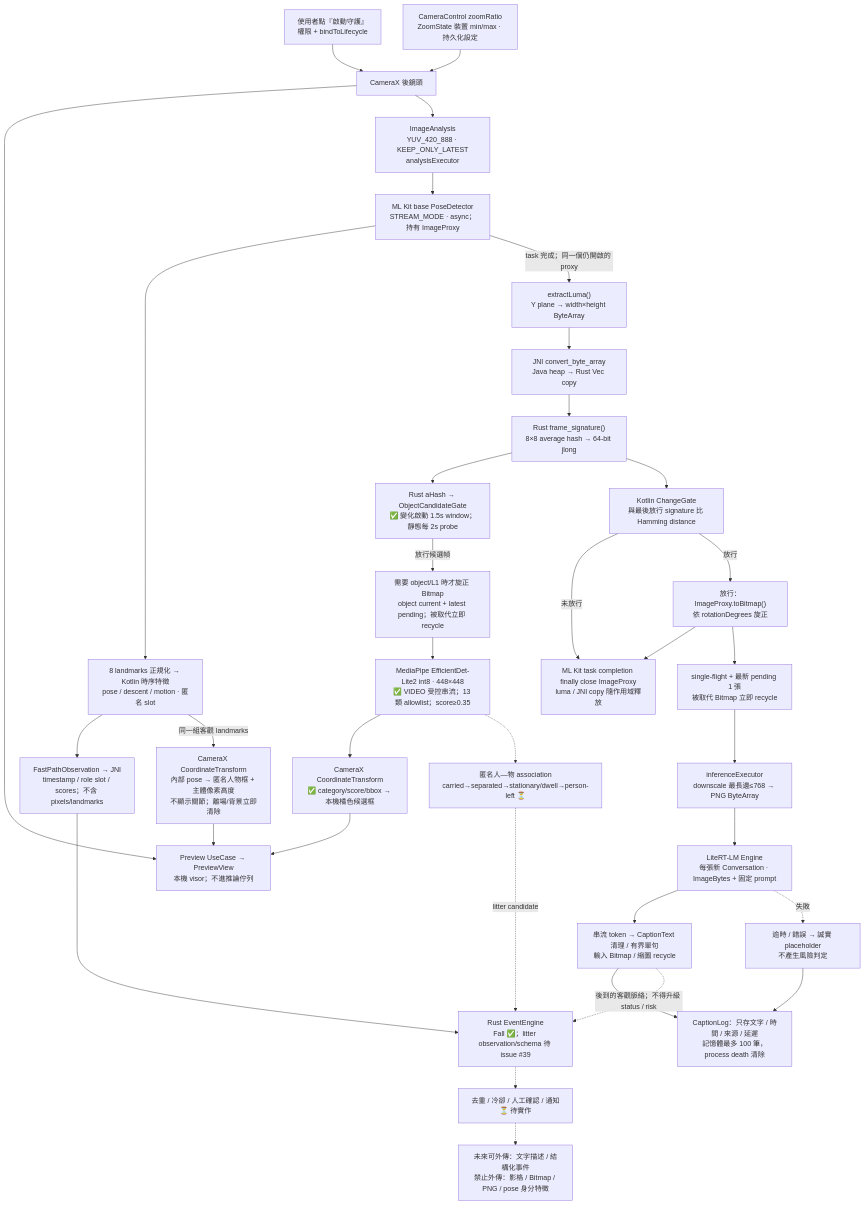
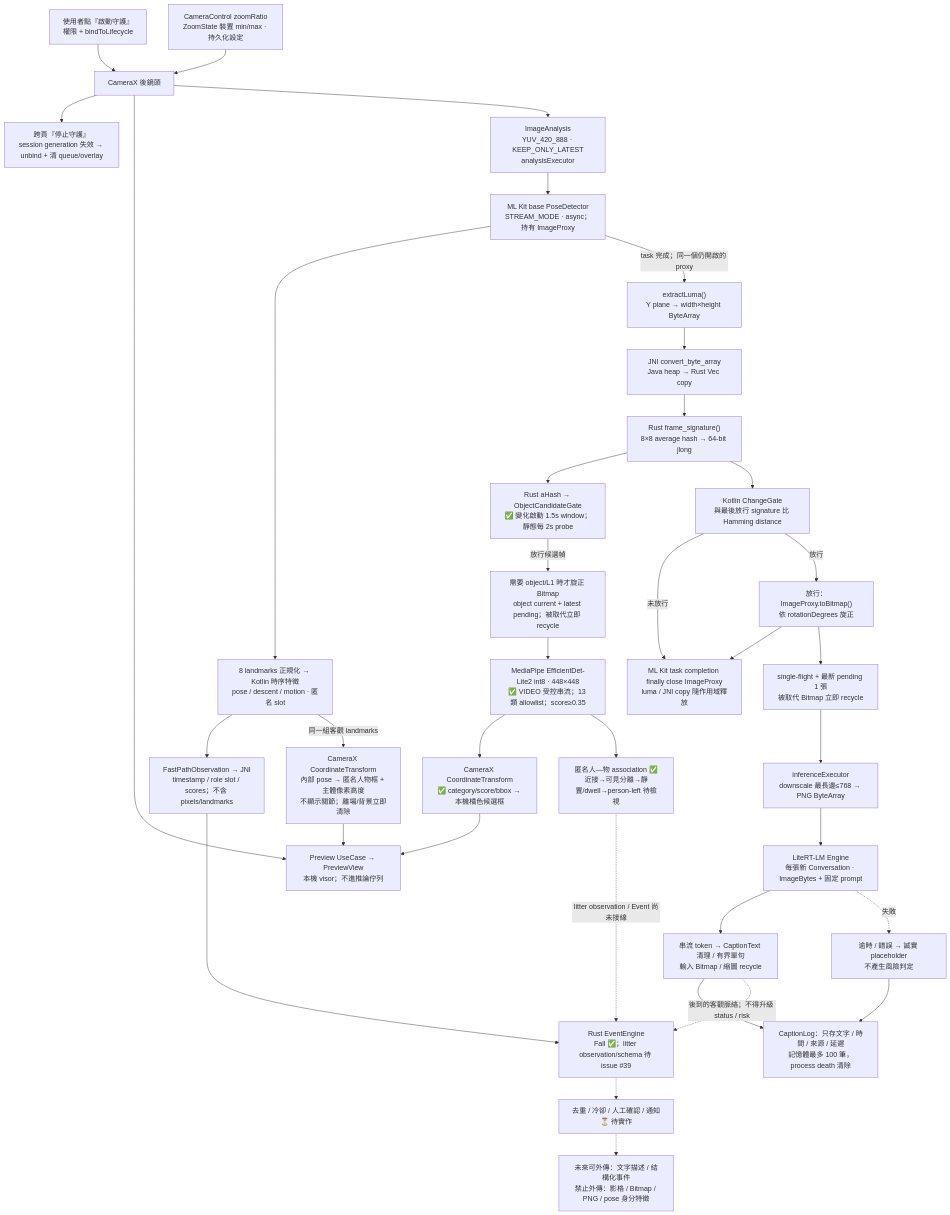
One commit to TingFengChou/claustrum changed the third of 4 diagrams in README.md. Above: the diagram before and after it, drawn with Mermaid. The commit also changed other lines of this file and 9 other files, not shown here.

````diff
--- a/README.md
+++ b/README.md
@@ -229,47 +229,49 @@
 ```mermaid
 flowchart TB
   START["使用者點『啟動守護』<br/>權限 + bindToLifecycle"]
+  STOP["跨頁『停止守護』<br/>session generation 失效 → unbind + 清 queue/overlay"]
   CAMERA["CameraX 後鏡頭"]
   ZOOM["CameraControl zoomRatio<br/>ZoomState 裝置 min/max · 持久化設定"]
   PREVIEW["Preview UseCase → PreviewView<br/>本機 visor；不進推論佇列"]
   OVERLAY["CameraX CoordinateTransform<br/>內部 pose → 匿名人物框 + 主體像素高度<br/>不顯示關節；離場/背景立即清除"]
   ANALYSIS["ImageAnalysis<br/>YUV_420_888 · KEEP_ONLY_LATEST<br/>analysisExecutor"]
   POSE["ML Kit base PoseDetector<br/>STREAM_MODE · async；持有 ImageProxy"]
   FEATURE["8 landmarks 正規化 → Kotlin 時序特徵<br/>pose / descent / motion · 匿名 slot"]
   OBS["FastPathObservation → JNI<br/>timestamp / role slot / scores；不含 pixels/landmarks"]
   L2["Rust EventEngine<br/>Fall ✅；litter observation/schema 待 issue #39"]
   MOTION["Rust aHash → ObjectCandidateGate<br/>✅ 變化啟動 1.5s window；靜態每 2s probe"]
   OBJECTCOPY["需要 object/L1 時才旋正 Bitmap<br/>object current + latest pending；被取代立即 recycle"]
   OBJECT["MediaPipe EfficientDet-Lite2 int8 · 448×448<br/>✅ VIDEO 受控串流；13 類 allowlist；score≥0.35"]
   OBJECTUI["CameraX CoordinateTransform<br/>✅ category/score/bbox → 本機橘色候選框"]
-  ASSOC["匿名人—物 association<br/>carried→separated→stationary/dwell→person-left ⏳"]
+  ASSOC["匿名人—物 association ✅<br/>近接→可見分離→靜置/dwell→person-left 待檢視"]
   LUMA["extractLuma()<br/>Y plane → width×height ByteArray"]
   JNI["JNI convert_byte_array<br/>Java heap → Rust Vec copy"]
   HASH["Rust frame_signature()<br/>8×8 average hash → 64-bit jlong"]
   GATE["Kotlin ChangeGate<br/>與最後放行 signature 比 Hamming distance"]
   CLOSE["ML Kit task completion finally close ImageProxy<br/>luma / JNI copy 隨作用域釋放"]
   COPY["放行：ImageProxy.toBitmap()<br/>依 rotationDegrees 旋正"]
   QUEUE["single-flight + 最新 pending 1 張<br/>被取代 Bitmap 立即 recycle"]
   PREP["inferenceExecutor<br/>downscale 最長邊≤768 → PNG ByteArray"]
   ENGINE["LiteRT-LM Engine<br/>每張新 Conversation · ImageBytes + 固定 prompt"]
   TEXT["串流 token → CaptionText 清理 / 有界單句<br/>輸入 Bitmap / 縮圖 recycle"]
   LOG["CaptionLog：只存文字 / 時間 / 來源 / 延遲<br/>記憶體最多 100 筆，process death 清除"]
   FALLBACK["逾時 / 錯誤 → 誠實 placeholder<br/>不產生風險判定"]
   POLICY["去重 / 冷卻 / 人工確認 / 通知<br/>⏳ 待實作"]
   ALLOWED["未來可外傳：文字描述 / 結構化事件<br/>禁止外傳：影格 / Bitmap / PNG / pose 身分特徵"]
 
   START --> CAMERA
+  CAMERA --> STOP
   ZOOM --> CAMERA
   CAMERA --> PREVIEW
   CAMERA --> ANALYSIS --> POSE --> FEATURE --> OBS --> L2
   HASH --> MOTION -->|"放行候選幀"| OBJECTCOPY --> OBJECT --> OBJECTUI --> PREVIEW
-  OBJECT -.-> ASSOC -.->|"litter candidate"| L2
+  OBJECT --> ASSOC -.->|"litter observation / Event 尚未接線"| L2
   FEATURE -->|"同一組客觀 landmarks"| OVERLAY --> PREVIEW
   POSE -->|"task 完成；同一個仍開啟的 proxy"| LUMA --> JNI --> HASH --> GATE
   GATE -->|"未放行"| CLOSE
   GATE -->|"放行"| COPY --> CLOSE
   COPY --> QUEUE --> PREP --> ENGINE --> TEXT --> LOG
   ENGINE -.->|"失敗"| FALLBACK --> LOG
   L2 -.-> POLICY -.-> ALLOWED
   TEXT -.->|"後到的客觀脈絡；不得升級 status / risk"| L2
 ```
````
